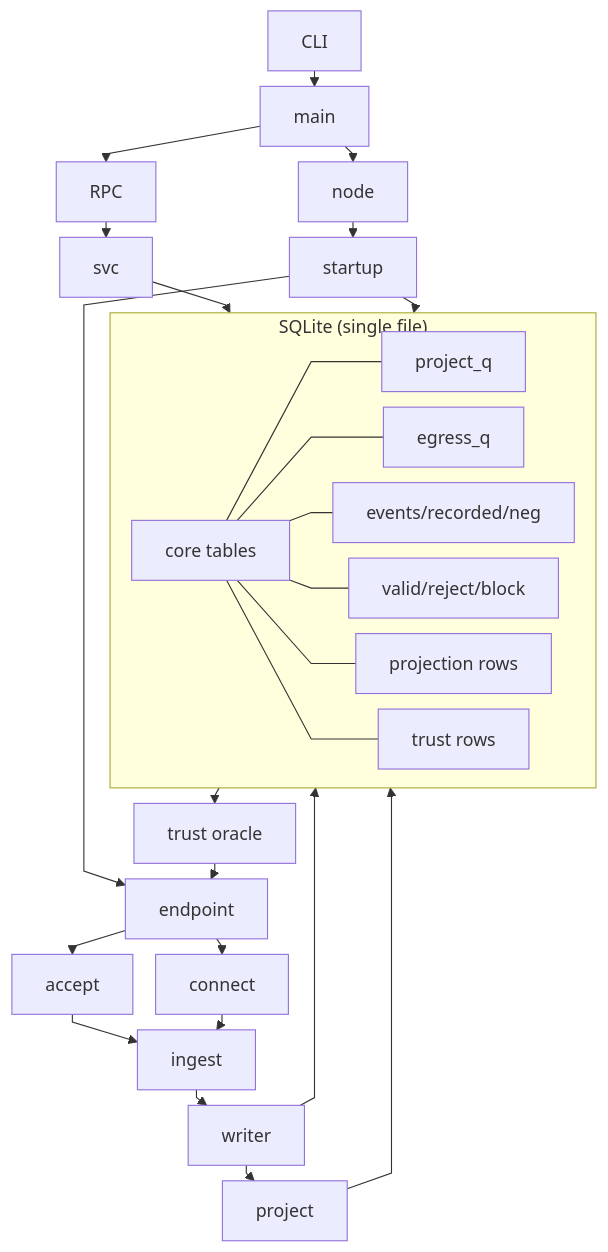
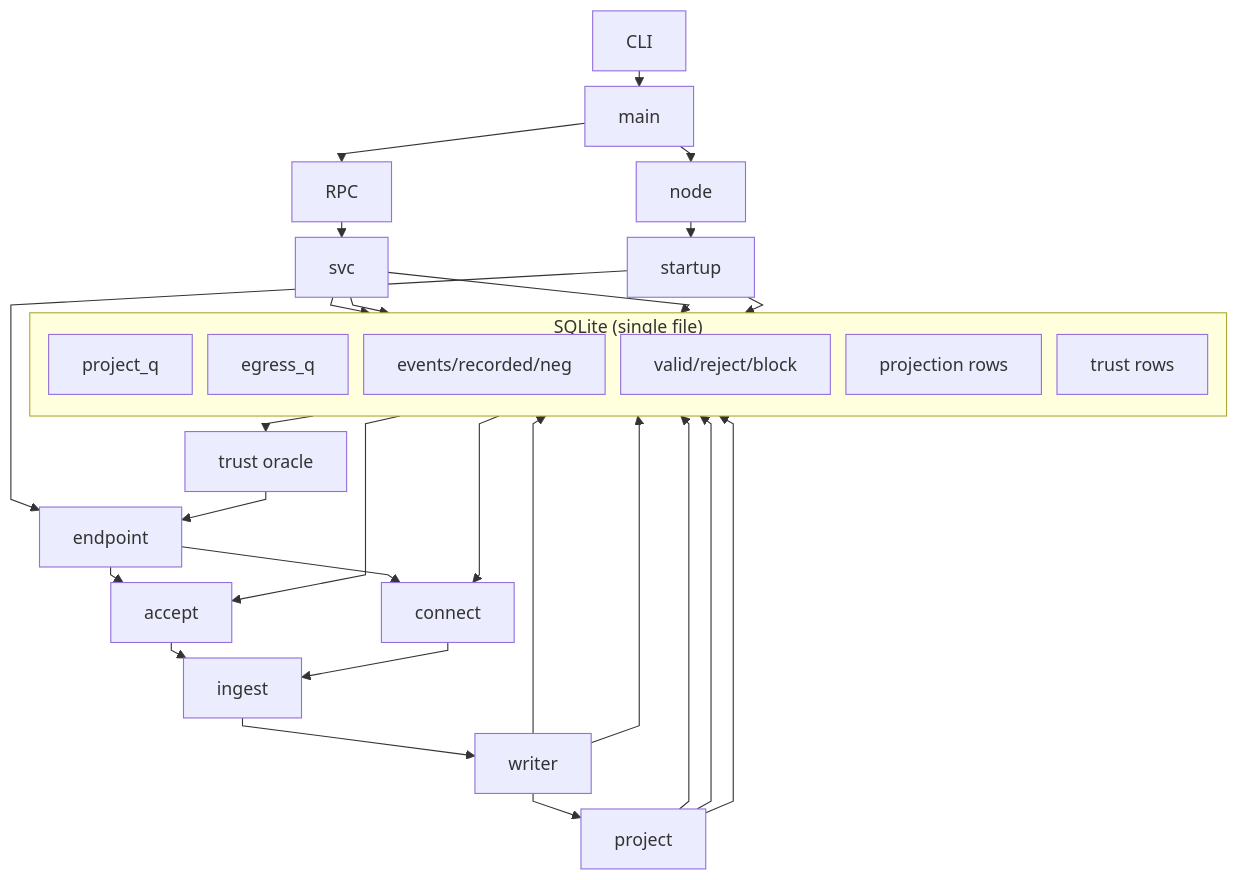
The fourth of 6 diagrams in docs/CURRENT_RUNTIME_DIAGRAM.md (holmesworcester/topo), drawn with Mermaid before and after one commit.

Commit message:
Refine dense diagram with direct SQLite table wiring

````diff
--- a/docs/CURRENT_RUNTIME_DIAGRAM.md
+++ b/docs/CURRENT_RUNTIME_DIAGRAM.md
@@ -107,41 +107,41 @@
 ```mermaid
 %%{init: {'flowchart': {'nodeSpacing': 14, 'rankSpacing': 14, 'curve': 'linear'}} }%%
 flowchart TB
     C["CLI"] --> M["main"]
     M --> R["RPC"]
     M --> N["node"]
     R --> S["svc"]
     N --> U["startup"]
     U --> E["endpoint"]
     E --> A["accept"]
     E --> K["connect"]
     A --> I["ingest"]
     K --> I
     I --> W["writer"]
     W --> P["project"]
 
-    S --> H
-    U --> H
-    W --> H
-    P --> H
     T --> E
 
     subgraph D["SQLite (single file)"]
-        direction LR
-        H["core tables"]
+        direction TB
         QP["project_q"]
         QE["egress_q"]
         EV["events/recorded/neg"]
         VV["valid/reject/block"]
         PJ["projection rows"]
         TT["trust rows"]
-        H --- QP
-        H --- QE
-        H --- EV
-        H --- VV
-        H --- PJ
-        H --- TT
     end
 
+    S --> EV
+    S --> PJ
+    S --> TT
+    U --> TT
+    W --> EV
+    W --> QP
+    P --> VV
+    P --> PJ
+    P --> TT
+    QE --> A
+    QE --> K
     TT --> T["trust oracle"]
 ```
````
